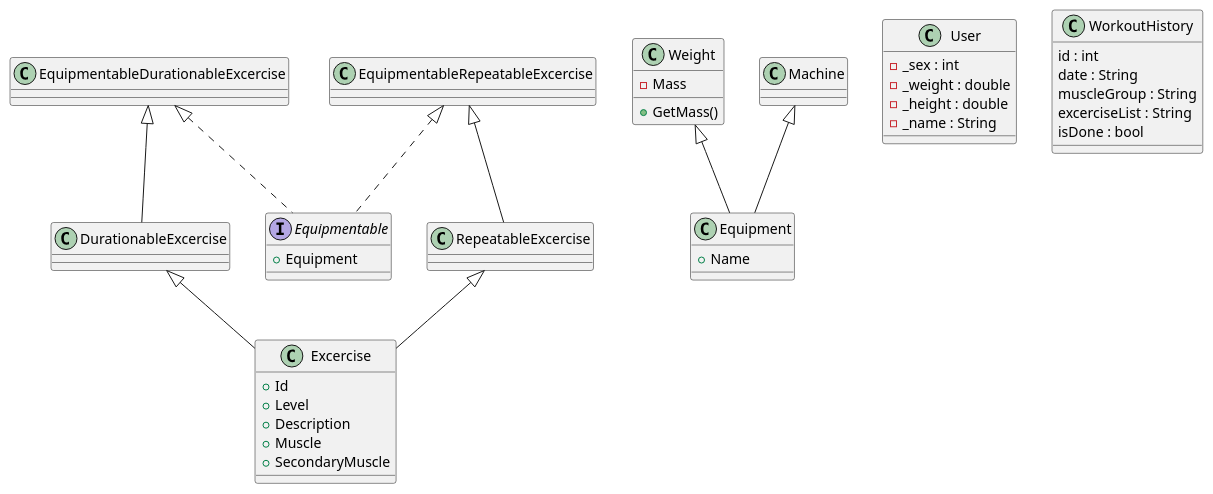
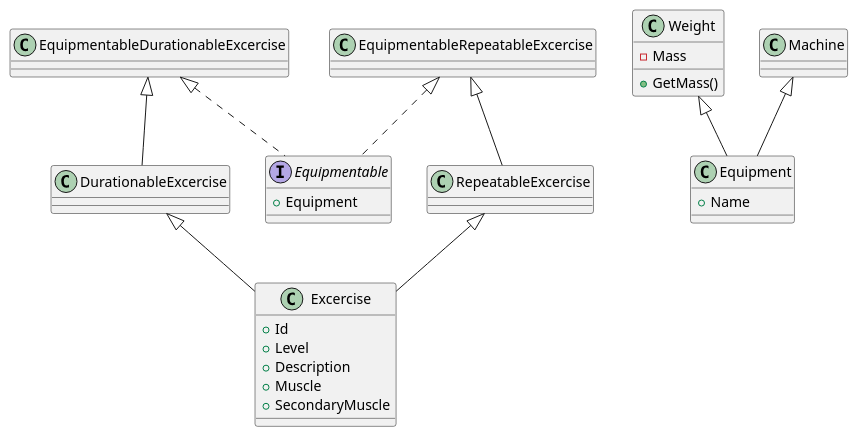
Before and after one commit to KATTSS/Workout_planner: the diagram in entities_diagram.puml, drawn with PlantUML. The commit also changed 1 other file, not shown here.

Commit message:
Feature: separate excercise and user workout class diagrams

```diff
--- a/entities_diagram.puml
+++ b/entities_diagram.puml
@@ -1,70 +1,55 @@
 @startuml BaseEntities
 
 class Excercise {
     + Id 
     + Level
     + Description 
     + Muscle 
     + SecondaryMuscle 
 }
 
 interface Equipmentable{
     + Equipment
 }
 
 class DurationableExcercise{
 
 }
 
 class RepeatableExcercise {
 
 }
 
 class EquipmentableDurationableExcercise {
 
 }
 
 class EquipmentableRepeatableExcercise {
 
 }
 
 class Weight {
     - Mass 
     + GetMass()
 }
 
 class Machine{
 }
 
 class Equipment {
     + Name
 }
 
-class User {
-    - _sex : int 
-    - _weight : double 
-    - _height : double 
-    - _name : String 
-}
-
-class WorkoutHistory {
-    id : int
-    date : String 
-    muscleGroup : String
-    excerciseList : String
-    isDone : bool 
-}
-
 DurationableExcercise <|-- Excercise
 RepeatableExcercise <|-- Excercise
 
 
 EquipmentableDurationableExcercise <|-- DurationableExcercise
 EquipmentableRepeatableExcercise <|-- RepeatableExcercise
 
 EquipmentableDurationableExcercise <|.. Equipmentable
 EquipmentableRepeatableExcercise <|.. Equipmentable
 
 Machine <|-- Equipment
 Weight <|-- Equipment
 @enduml 
```
